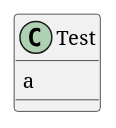
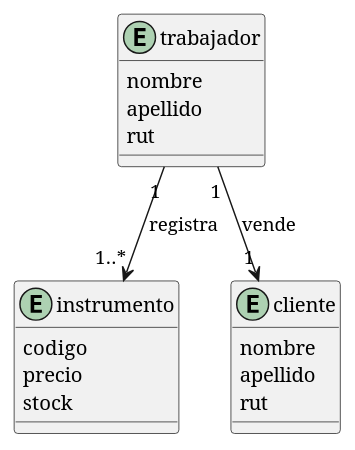
Before and after one commit to Deiviidsito/Taller-3: the diagram in Taller3/src/cl/disc/pa/taller/ModeloDelDominio.puml, drawn with PlantUML.

Commit message:
Taller 3 - Modelo del dominio

```diff
--- a/Taller3/src/cl/disc/pa/taller/ModeloDelDominio.puml
+++ b/Taller3/src/cl/disc/pa/taller/ModeloDelDominio.puml
@@ -1,7 +1,24 @@
 @startuml
 'https://plantuml.com/sequence-diagram
 
-class Test{
-a
+entity instrumento{
+codigo
+precio
+stock
 }
+
+entity trabajador{
+nombre
+apellido
+rut
+}
+
+entity cliente{
+nombre
+apellido
+rut
+}
+
+trabajador "1" --> "1..*" instrumento : registra
+trabajador "1" --> "1" cliente : vende
 @enduml
```
